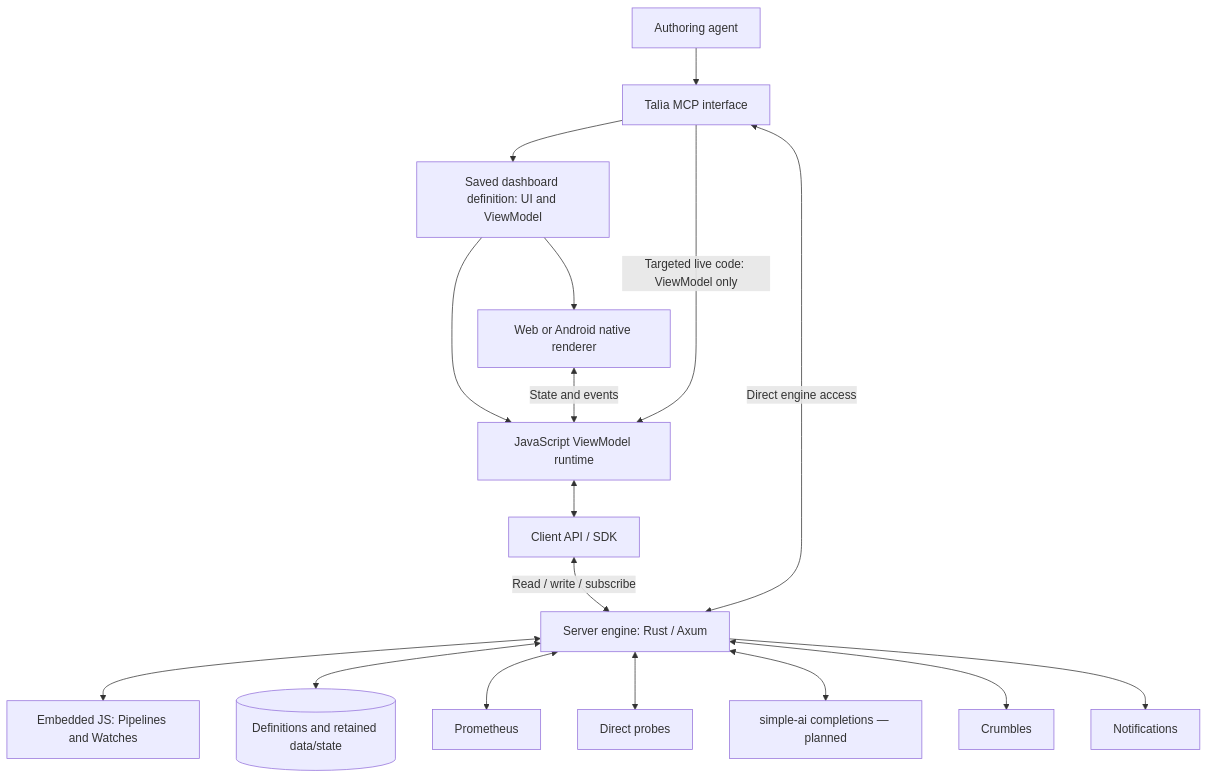
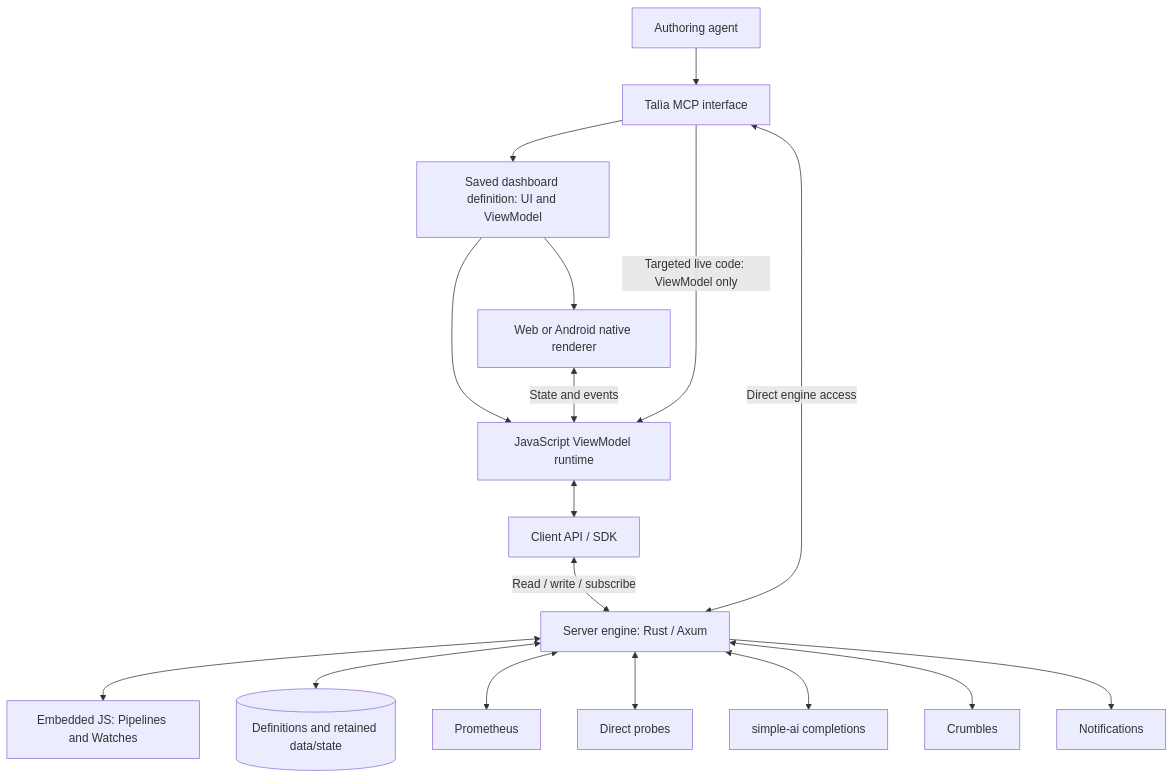
One commit to lelloman/talia changed the diagram in docs/architecture.md. Above: the diagram before and after it, drawn with Mermaid. The commit also changed other lines of this file and 26 other files, not shown here.

````diff
--- a/docs/architecture.md
+++ b/docs/architecture.md
@@ -22,19 +22,19 @@
 ```mermaid
 flowchart TD
     A[Authoring agent] --> MCP[Talìa MCP interface]
     MCP --> DEF[Saved dashboard definition: UI and ViewModel]
     DEF --> UI[Web or Android native renderer]
     DEF --> VM[JavaScript ViewModel runtime]
     UI <-->|State and events| VM
     MCP -->|Targeted live code: ViewModel only| VM
     VM <--> SDK[Client API / SDK]
     SDK <-->|Read / write / subscribe| E[Server engine: Rust / Axum]
     E <--> JS[Embedded JS: Pipelines and Watches]
     E <--> DB[(Definitions and retained data/state)]
     MCP <-->|Direct engine access| E
     E <--> P[Prometheus]
     E <--> D[Direct probes]
-    E <--> S[simple-ai completions — planned]
+    E <--> S[simple-ai completions]
     E <--> C[Crumbles]
     E --> N[Notifications]
 ```
````
